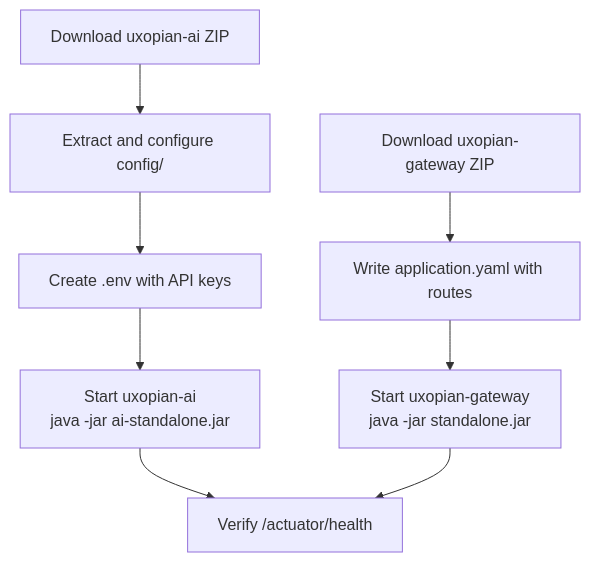
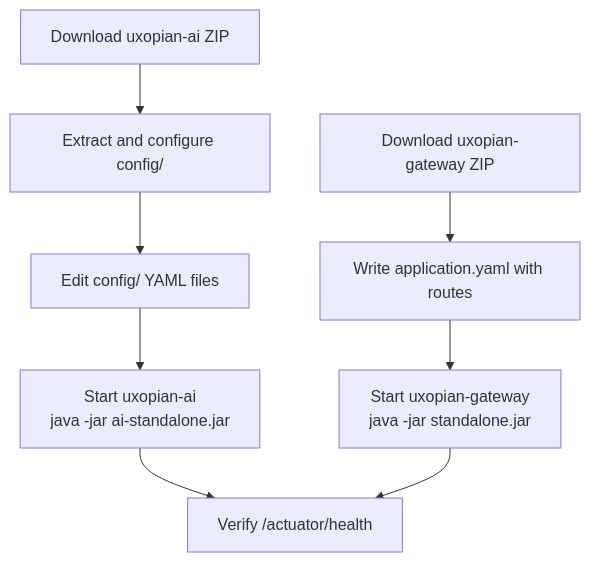
The diagram in docs/uxopian-ai/installation/java.md (Uxopian/uxodocs), drawn with Mermaid before and after one commit. The commit also changed other lines of this file, not shown here.

First line of the commit message:
docs(uxopian-ai): replace .env recommendation with YAML config for bare archive

````diff
--- a/docs/uxopian-ai/installation/java.md
+++ b/docs/uxopian-ai/installation/java.md
@@ -13,10 +13,10 @@
 ```mermaid
 flowchart TD
     A[Download uxopian-ai ZIP] --> B[Extract and configure config/]
     C[Download uxopian-gateway ZIP] --> D[Write application.yaml with routes]
-    B --> E[Create .env with API keys]
+    B --> E[Edit config/ YAML files]
     E --> F[Start uxopian-ai<br/>java -jar ai-standalone.jar]
     D --> G[Start uxopian-gateway<br/>java -jar standalone.jar]
     F --> H[Verify /actuator/health]
     G --> H
 ```
````
